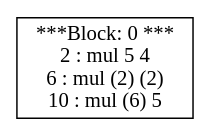
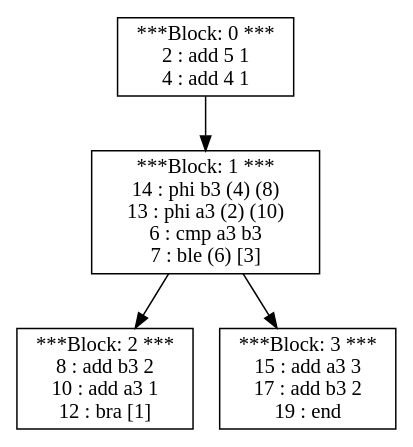
Before and after one commit to vigneshjathavara/PL241-Compiler: the diagram in src/Display/domTreeDotOutput.gv, drawn with Graphviz. The commit also changed 18 other files, not shown here.

```diff
--- a/src/Display/domTreeDotOutput.gv
+++ b/src/Display/domTreeDotOutput.gv
@@ -1,4 +1,10 @@
 digraph structs {
-0 [shape=record,label="***Block: 0 ***\n2 : mul 5 4 \n6 : mul (2) (2) \n10 : mul (6) 5 \n"]
+0 [shape=record,label="***Block: 0 ***\n2 : add 5 1 \n4 : add 4 1 \n"]
+1 [shape=record,label="***Block: 1 ***\n14 : phi b3 (4) (8) \n13 : phi a3 (2) (10) \n6 : cmp a3 b3 \n7 : ble (6) [3]\n"]
+2 [shape=record,label="***Block: 2 ***\n8 : add b3 2 \n10 : add a3 1 \n12 : bra [1]\n"]
+3 [shape=record,label="***Block: 3 ***\n15 : add a3 3 \n17 : add b3 2 \n19 : end \n"]
+0 -> 1;
+1 -> 2;
+1 -> 3;
 
 }
```
